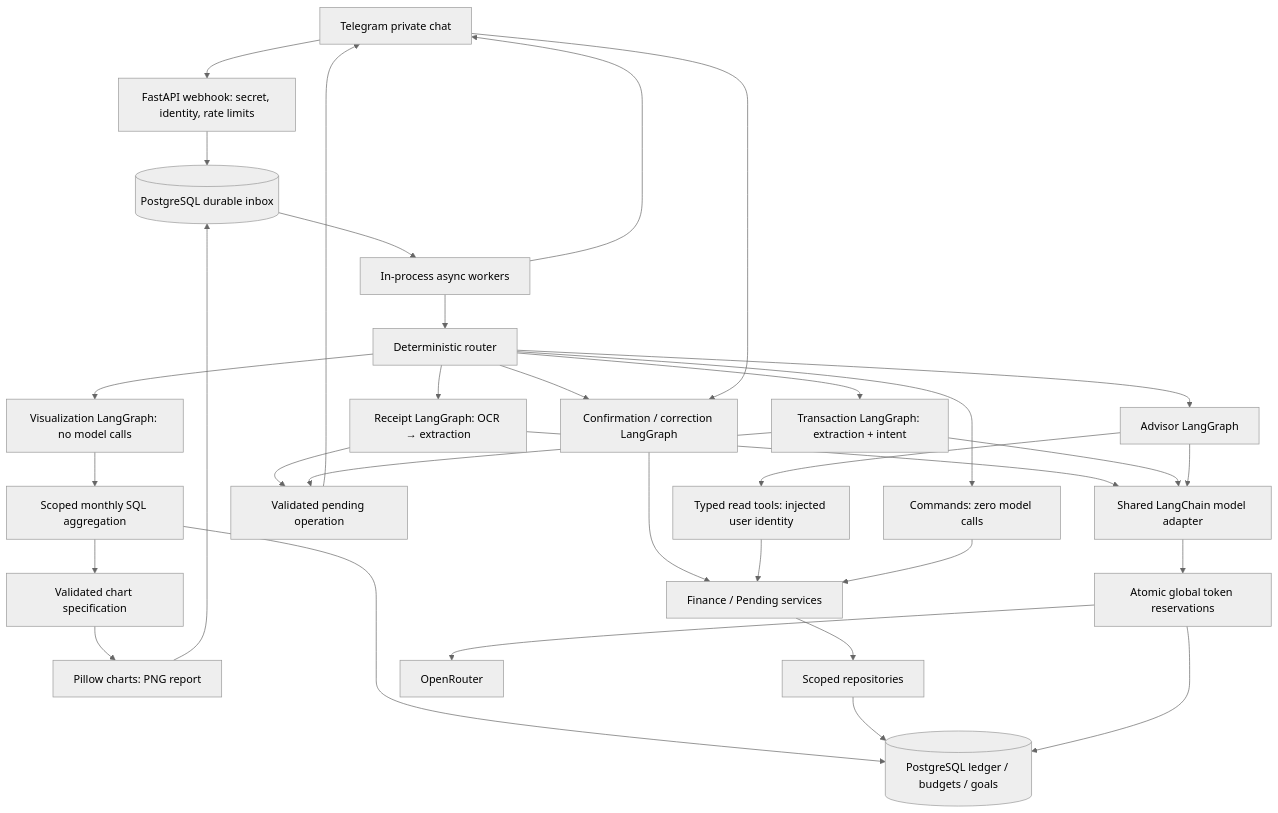
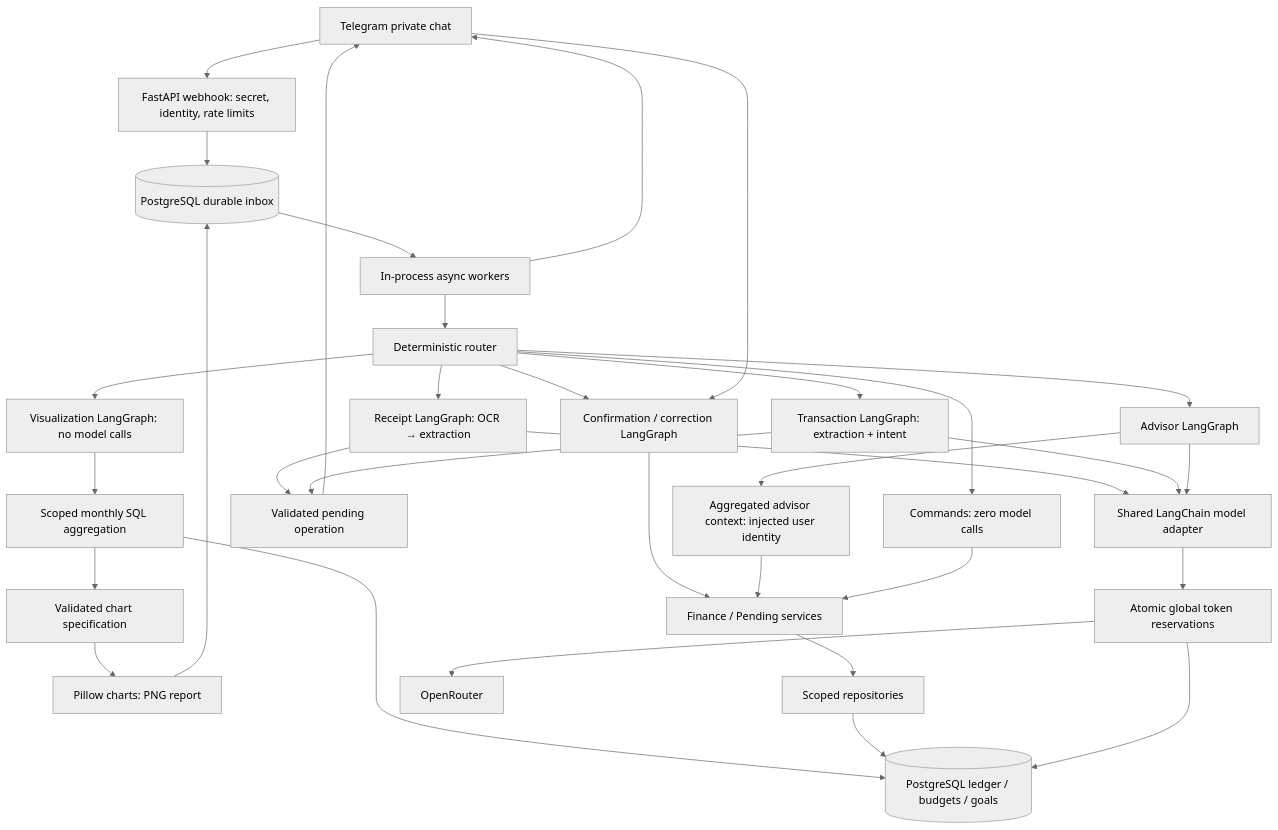
Before and after one commit to Ganskuy/financial_assistant: the diagram in README.md, drawn with Mermaid (neutral theme). The commit also changed other lines of this file and 9 other files, not shown here.

Commit message:
Reuse backend aggregates and compact advisor context

````diff
--- a/README.md
+++ b/README.md
@@ -9,35 +9,35 @@
 ```mermaid
 flowchart TD
     TG[Telegram private chat] --> API[FastAPI webhook: secret, identity, rate limits]
     API --> Q[(PostgreSQL durable inbox)]
     Q --> W[In-process async workers]
     W --> R[Deterministic router]
     R --> C[Commands: zero model calls]
     R --> RX[Receipt LangGraph: OCR → extraction]
     R --> TX[Transaction LangGraph: extraction + intent]
     R --> AX[Advisor LangGraph]
     R --> CX[Confirmation / correction LangGraph]
     R --> VX[Visualization LangGraph: no model calls]
     VX --> VA[Scoped monthly SQL aggregation]
     VA --> DB
     VA --> VS[Validated chart specification]
     VS --> PNG[Pillow charts: PNG report]
     PNG --> Q
     W --> TG
     RX --> P[Validated pending operation]
     TX --> P
     P --> TG
     TG --> CX
     CX --> S[Finance / Pending services]
-    AX --> T[Typed read tools: injected user identity]
+    AX --> T[Aggregated advisor context: injected user identity]
     T --> S
     C --> S
     S --> RP[Scoped repositories]
     RP --> DB[(PostgreSQL ledger / budgets / goals)]
     RX --> L[Shared LangChain model adapter]
     TX --> L
     AX --> L
     L --> B[Atomic global token reservations]
     B --> OR[OpenRouter]
     B --> DB
 ```
````
